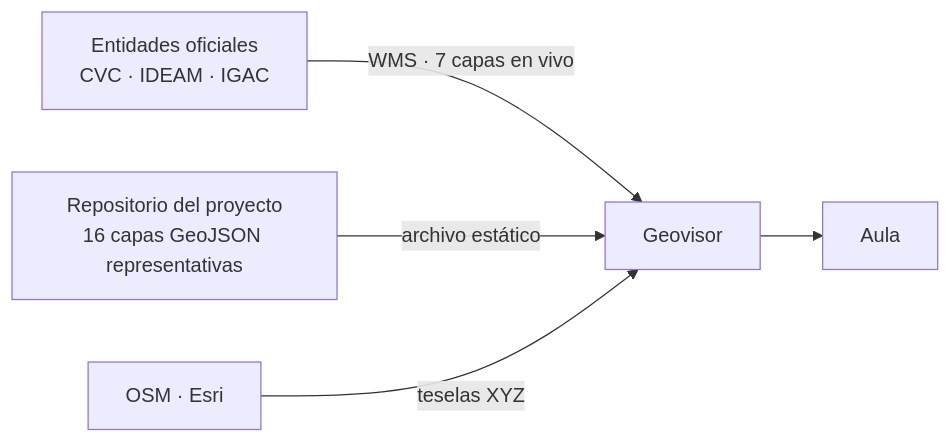
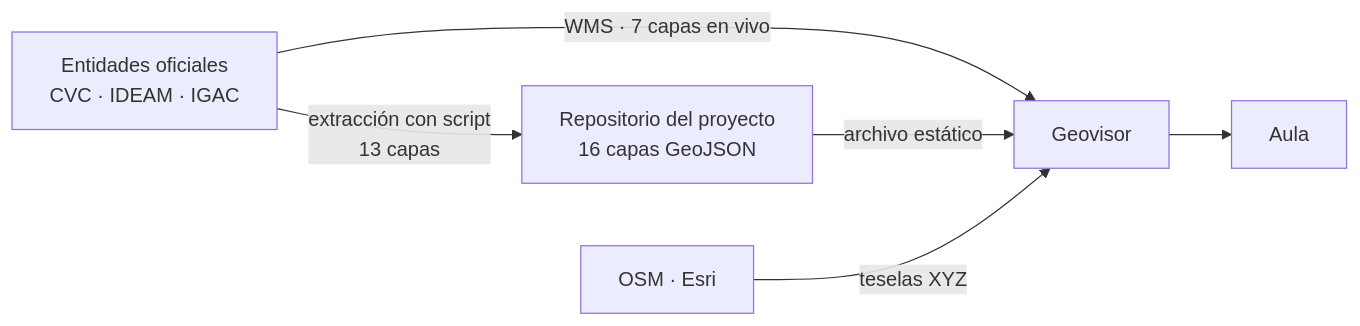
One commit to DevCristobalvc/geovisor-sevillavalle changed the first of 4 diagrams in README.md. Above: the diagram before and after it, drawn with Mermaid. The commit also changed other lines of this file and 32 other files, not shown here.

````diff
--- a/README.md
+++ b/README.md
@@ -39,7 +39,8 @@
 ```mermaid
 flowchart LR
     A["Entidades oficiales<br/>CVC · IDEAM · IGAC"] -->|"WMS · 7 capas en vivo"| V["Geovisor"]
-    B["Repositorio del proyecto<br/>16 capas GeoJSON representativas"] -->|"archivo estático"| V
+    A -->|"extracción con script<br/>13 capas"| B["Repositorio del proyecto<br/>16 capas GeoJSON"]
+    B -->|"archivo estático"| V
     C["OSM · Esri"] -->|"teselas XYZ"| V
     V --> D["Aula"]
 ```
````
